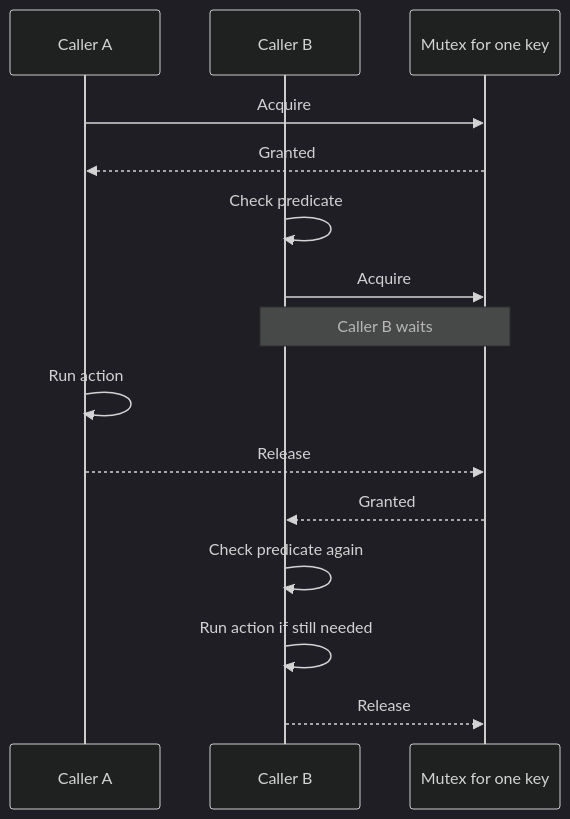
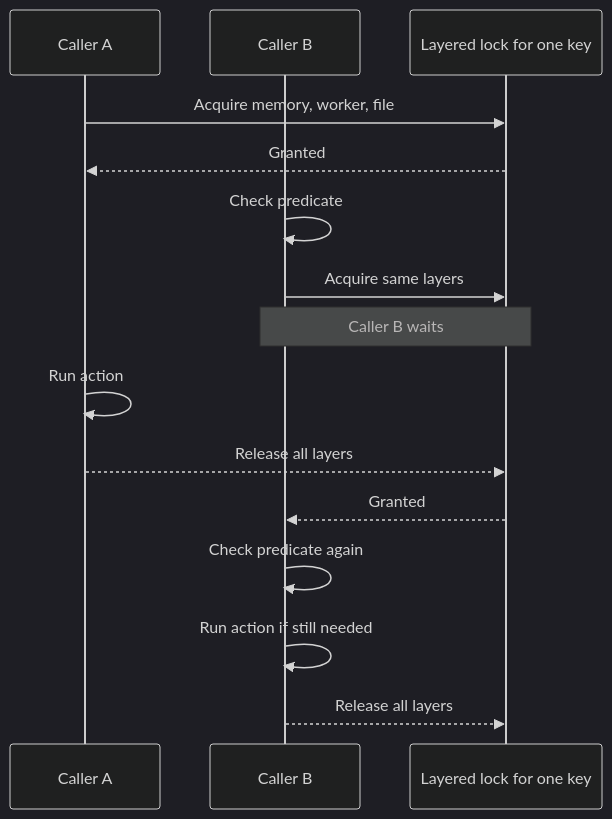
One commit to regbo/lfp-common changed the third of 3 diagrams in README.md. Above: the diagram before and after it, drawn with Mermaid (dark theme). The commit also changed other lines of this file and 16 other files, not shown here.

````diff
--- a/README.md
+++ b/README.md
@@ -43,18 +94,18 @@
 ```mermaid
 sequenceDiagram
     participant A as Caller A
     participant B as Caller B
-    participant M as Mutex for one key
+    participant L as Layered lock for one key
 
-    A->>M: Acquire
-    M-->>A: Granted
+    A->>L: Acquire memory, worker, file
+    L-->>A: Granted
     B->>B: Check predicate
-    B->>M: Acquire
-    Note over B,M: Caller B waits
+    B->>L: Acquire same layers
+    Note over B,L: Caller B waits
     A->>A: Run action
-    A-->>M: Release
-    M-->>B: Granted
+    A-->>L: Release all layers
+    L-->>B: Granted
     B->>B: Check predicate again
     B->>B: Run action if still needed
-    B-->>M: Release
+    B-->>L: Release all layers
 ```
````
